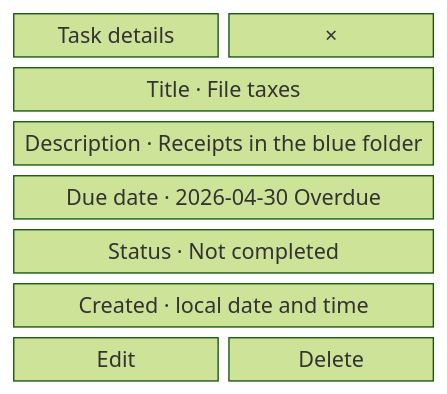
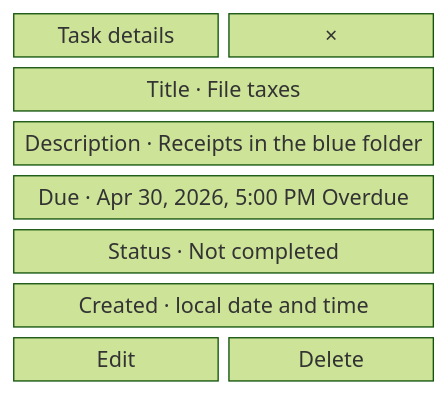
One commit to charlesmalo/FociToDo changed the ninth of 13 diagrams in docs/ui.md. Above: the diagram before and after it, drawn with Mermaid (forest theme). The commit also changed other lines of this file and 20 other files, not shown here.

````diff
--- a/docs/ui.md
+++ b/docs/ui.md
@@ -168,11 +169,11 @@
 ```mermaid
 block-beta
   columns 2
   heading["Task details"] close["×"]
   t["Title · File taxes"]:2
   d["Description · Receipts in the blue folder"]:2
-  due["Due date · 2026-04-30 Overdue"]:2
+  due["Due · Apr 30, 2026, 5:00 PM Overdue"]:2
   s["Status · Not completed"]:2
   c["Created · local date and time"]:2
   edit["Edit"] delete["Delete"]
 ```
````
